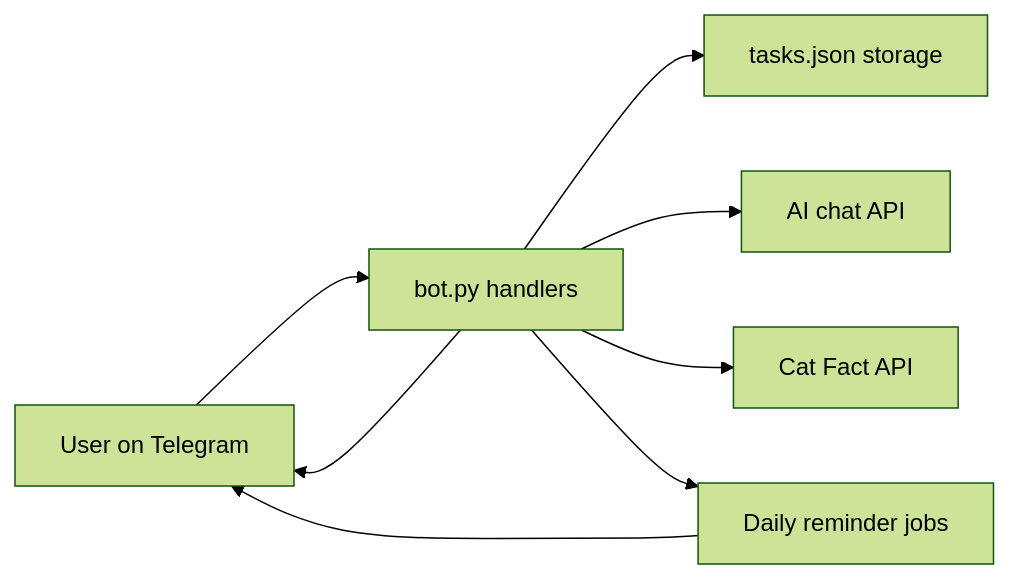
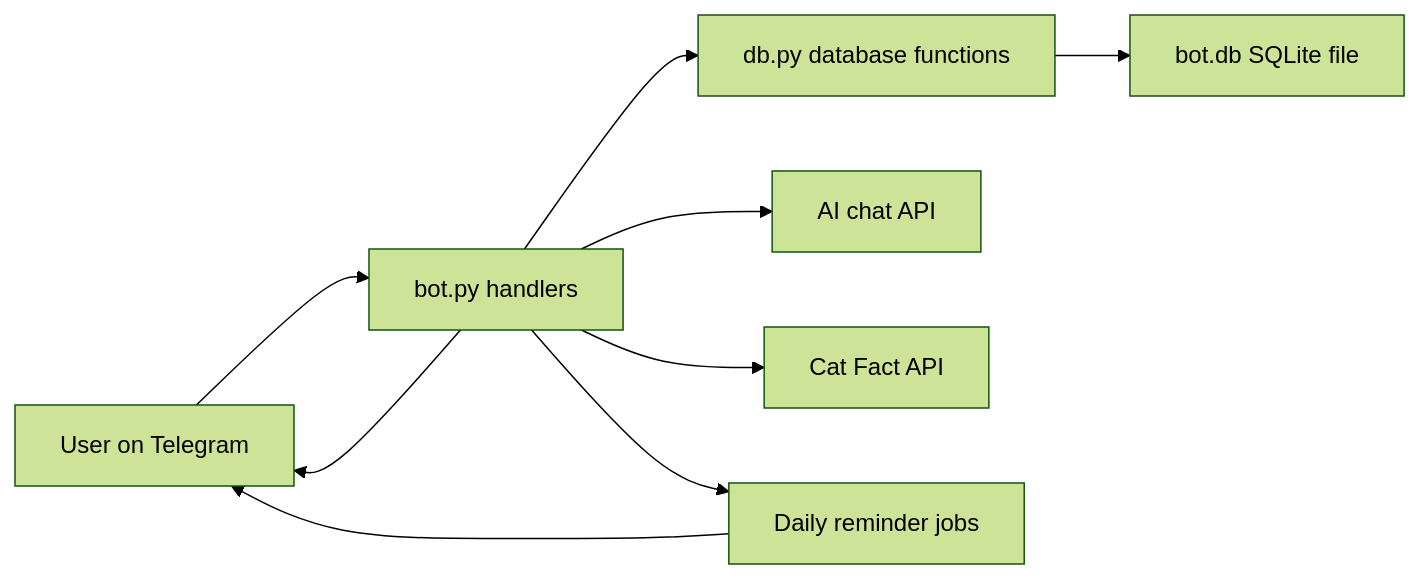
Before and after one commit to Stephanie0i/telegram-task-reminder-bot: the diagram in README.md, drawn with Mermaid (forest theme). The commit also changed other lines of this file and 3 other files, not shown here.

````diff
--- a/README.md
+++ b/README.md
@@ -47,10 +51,11 @@
 ```mermaid
 flowchart LR
     U["User on Telegram"] --> B["bot.py handlers"]
-    B --> S["tasks.json storage"]
+    B --> D["db.py database functions"]
+    D --> S["bot.db SQLite file"]
     B --> A["AI chat API"]
     B --> C["Cat Fact API"]
     B --> J["Daily reminder jobs"]
     J --> U
     B --> U
 ```
````
